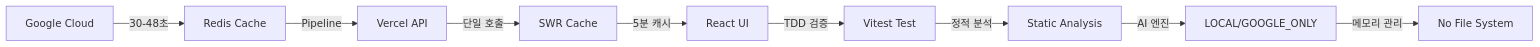
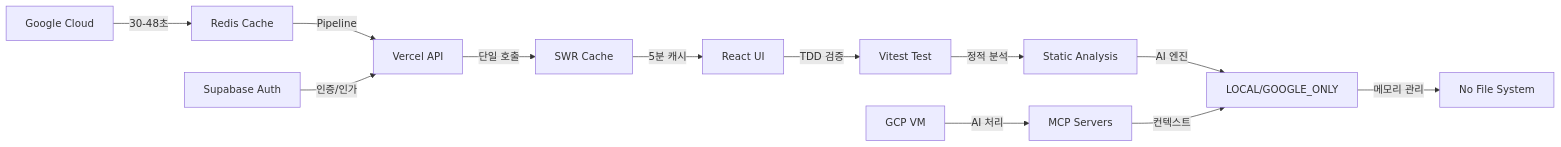
One commit to skyasu2/openmanager-vibe-v5 changed the diagram in README.md. Above: the diagram before and after it, drawn with Mermaid. The commit also changed other lines of this file and 220 other files, not shown here.

````diff
--- a/README.md
+++ b/README.md
@@ -28,11 +43,14 @@
 ```mermaid
 graph LR
     A[Google Cloud] -->|30-48초| B[Redis Cache]
     B -->|Pipeline| C[Vercel API]
     C -->|단일 호출| D[SWR Cache]
     D -->|5분 캐시| E[React UI]
     E -->|TDD 검증| F[Vitest Test]
     F -->|정적 분석| G[Static Analysis]
     G -->|AI 엔진| H[LOCAL/GOOGLE_ONLY]
     H -->|메모리 관리| I[No File System]
+    J[Supabase Auth] -->|인증/인가| C
+    K[MCP Servers] -->|컨텍스트| H
+    L[GCP VM] -->|AI 처리| K
 ```
````
